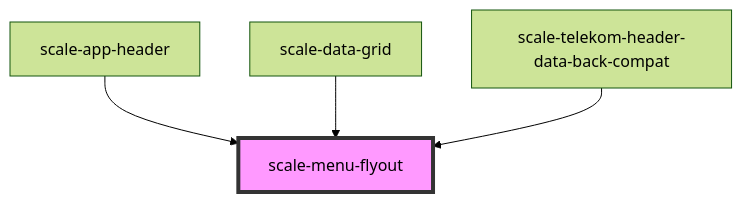
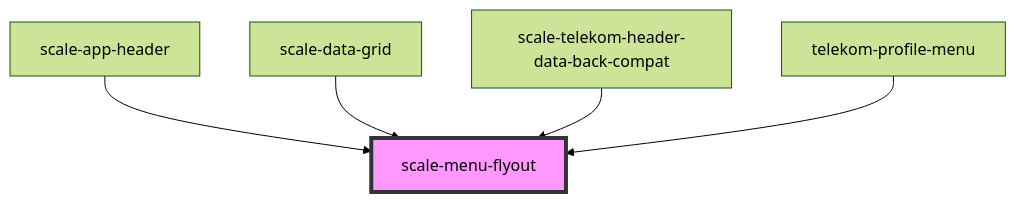
Before and after one commit to telekom/scale: the diagram in packages/components/src/components/menu-flyout/readme.md, drawn with Mermaid (forest theme). The commit also changed other lines of this file and 33 other files, not shown here.

First line of the commit message:
feat(telekom-profile-menu): WIP (#2208)

````diff
--- a/packages/components/src/components/menu-flyout/readme.md
+++ b/packages/components/src/components/menu-flyout/readme.md
@@ -33,7 +34,8 @@
 ```mermaid
 graph TD;
   scale-app-header --> scale-menu-flyout
   scale-data-grid --> scale-menu-flyout
   scale-telekom-header-data-back-compat --> scale-menu-flyout
+  telekom-profile-menu --> scale-menu-flyout
   style scale-menu-flyout fill:#f9f,stroke:#333,stroke-width:4px
 ```
````
